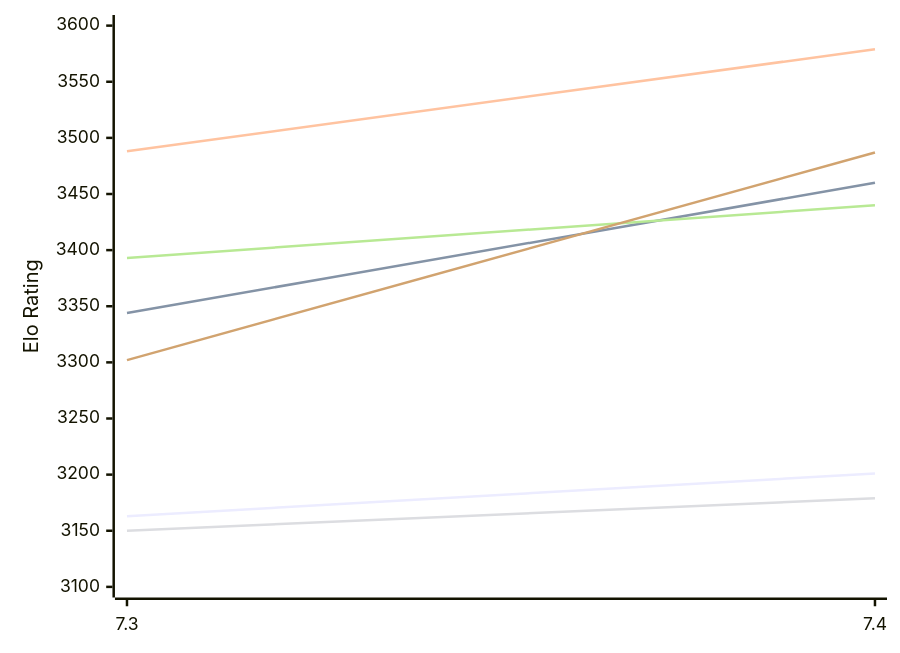
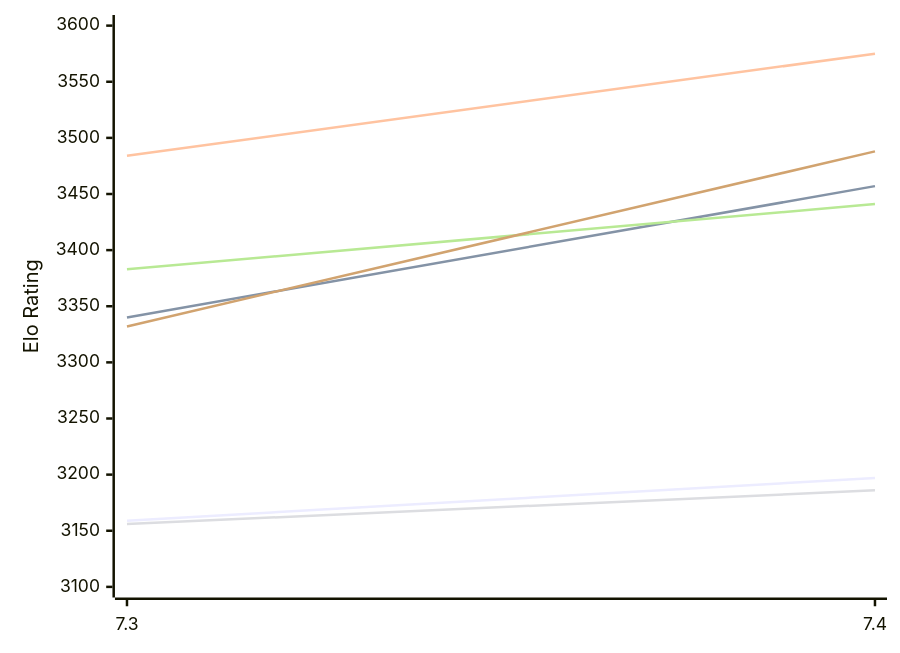
One commit to computer-chess-index/cci changed the diagram in engines/Booot.md. Above: the diagram before and after it, drawn with Mermaid. The commit also changed other lines of this file, not shown here.

Commit message:
Update CCI Ratings (ELO VLTC) - 2026-11-21

````diff
--- a/engines/Booot.md
+++ b/engines/Booot.md
@@ -49,12 +49,12 @@
 ```mermaid
 %%{init: {"theme":"base","themeVariables":{"seriesColors:['#a3a3a3','#222221','#faa371']}}}%%
 xychart-beta
   x-axis ["7.3", "7.4"]
   y-axis "Elo Rating" 3100 --> 3600
-  line "E1: STC (8.0+0.08s)" [3163, 3201]
-  line "E1: LTC (60.0+0.60s)" [3344, 3460]
-  line "E1: VLTC (2m24s+1.12s)" [3488, 3579]
-  line "P1: STC (8.0+0.08s)" [3150, 3179]
-  line "P1: LTC (60.0+0.60s)" [3393, 3440]
-  line "P1: VLTC (2m24s+1.12s)" [3302, 3487]
+  line "E1: STC (8.0+0.08s)" [3159, 3197]
+  line "E1: LTC (60.0+0.60s)" [3340, 3457]
+  line "E1: VLTC (2m24s+1.12s)" [3484, 3575]
+  line "P1: STC (8.0+0.08s)" [3156, 3186]
+  line "P1: LTC (60.0+0.60s)" [3383, 3441]
+  line "P1: VLTC (2m24s+1.12s)" [3332, 3488]
 ```
````
